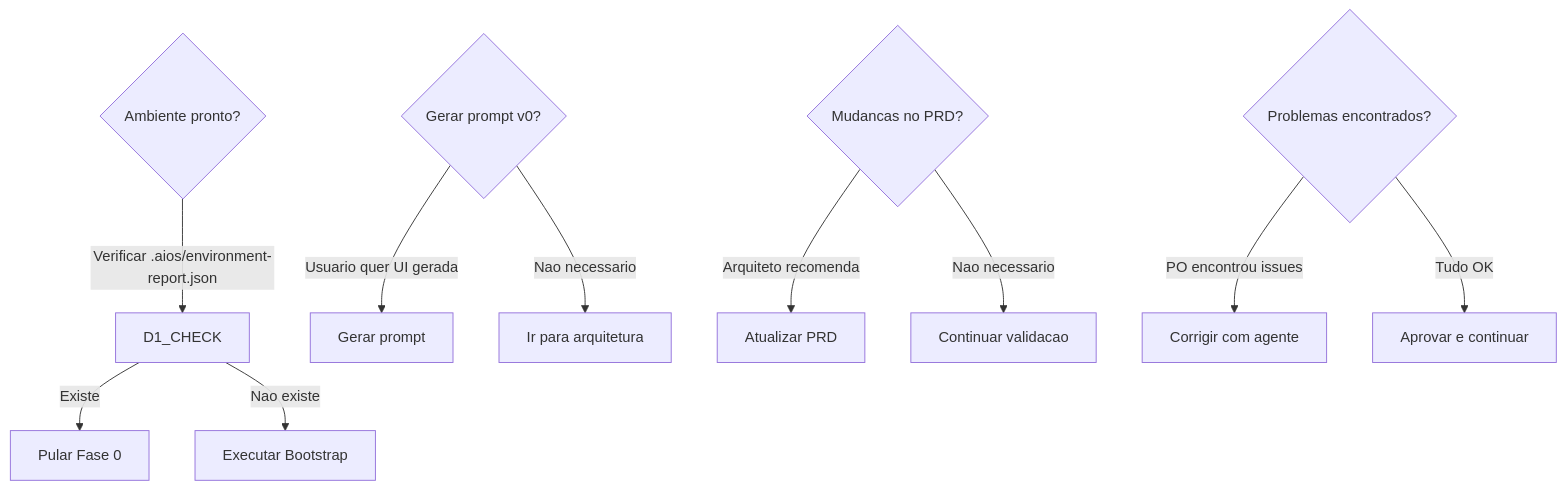
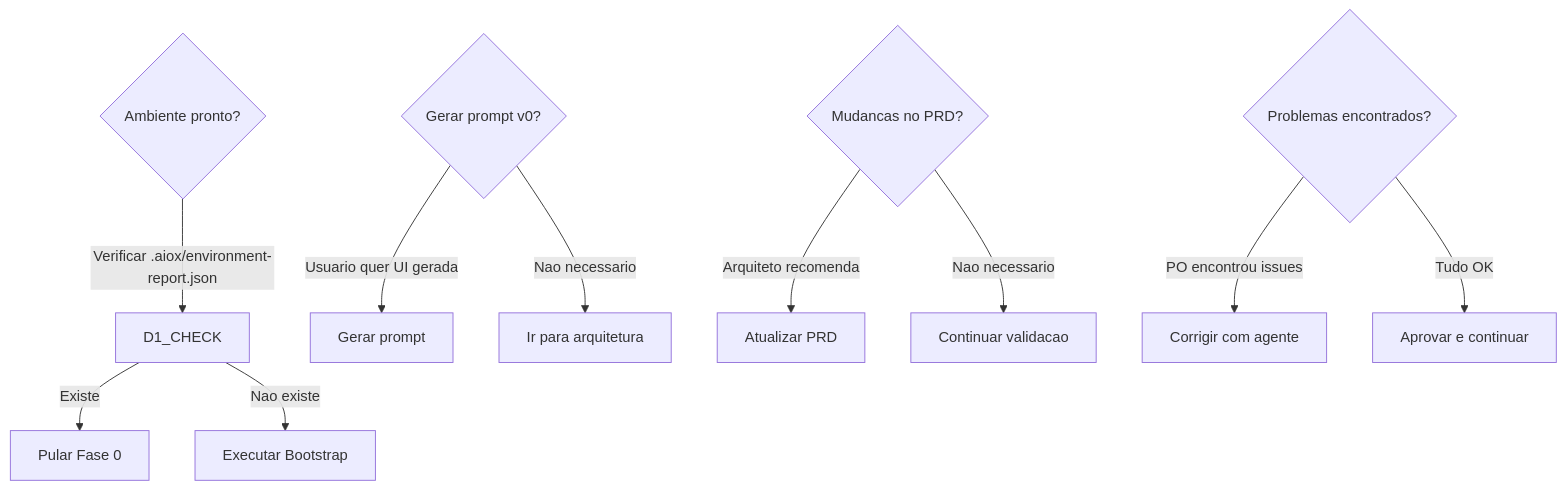
Before and after one commit to brunajunckes/aiox-core: the ninth of 9 diagrams in docs/guides/workflows/GREENFIELD-FULLSTACK-WORKFLOW.md, drawn with Mermaid. The commit also changed other lines of this file and 3446 other files, not shown here.

First line of the commit message:
chore: rebrand aios → aiox across entire codebase (#552)

````diff
--- a/docs/guides/workflows/GREENFIELD-FULLSTACK-WORKFLOW.md
+++ b/docs/guides/workflows/GREENFIELD-FULLSTACK-WORKFLOW.md
@@ -664,19 +664,19 @@
 ```mermaid
 flowchart TD
     D1{Ambiente pronto?}
-    D1 -->|Verificar .aios/environment-report.json| D1_CHECK
+    D1 -->|Verificar .aiox/environment-report.json| D1_CHECK
     D1_CHECK -->|Existe| SKIP[Pular Fase 0]
     D1_CHECK -->|Nao existe| RUN[Executar Bootstrap]
 
     D2{Gerar prompt v0?}
     D2 -->|Usuario quer UI gerada| D2_YES[Gerar prompt]
     D2 -->|Nao necessario| D2_NO[Ir para arquitetura]
 
     D3{Mudancas no PRD?}
     D3 -->|Arquiteto recomenda| D3_YES[Atualizar PRD]
     D3 -->|Nao necessario| D3_NO[Continuar validacao]
 
     D4{Problemas encontrados?}
     D4 -->|PO encontrou issues| D4_YES[Corrigir com agente]
     D4 -->|Tudo OK| D4_NO[Aprovar e continuar]
 ```
````
